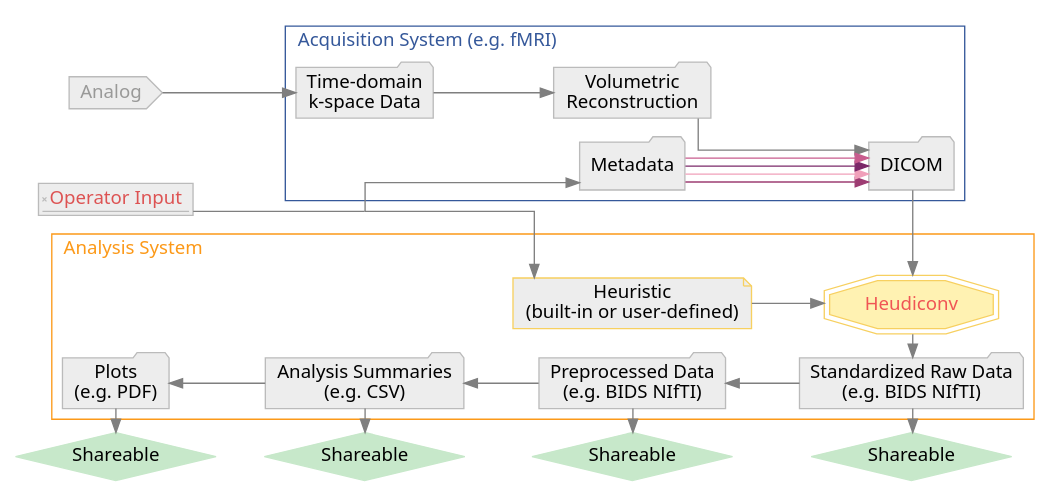
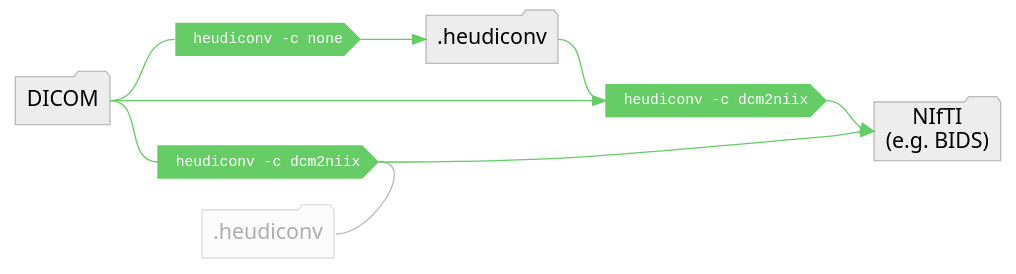
Before and after one commit to nipy/heudiconv: the diagram in data/workflow.dot, drawn with Graphviz. The commit also changed 6 other files, not shown here.

Commit message:
New wiorkflow figure and caption, renamed figures, better style consistency

```diff
--- a/data/workflow.dot
+++ b/data/workflow.dot
@@ -1,98 +1,25 @@
 digraph graphname {
     newrank = true;
     size="26,10";
     rankdir="LR";
-    splines=ortho;
     graph [fontname = "sans"];
     node [fontname = "sans", style=filled];
     edge [fontname = "sans", color=gray50];
-    raw_share[
-        label="Shareable",
-        shape=diamond, color="#C7E8CA", fillcolor="#C7E8CA"
-        ];
-    pre_share[
-        label="Shareable",
-        shape=diamond, color="#C7E8CA", fillcolor="#C7E8CA"
-        ];
-    ana_share[
-        label="Shareable",
-        shape=diamond, color="#C7E8CA", fillcolor="#C7E8CA"
-        ];
-    plo_share[
-        label="Shareable",
-        shape=diamond, color="#C7E8CA", fillcolor="#C7E8CA"
-        ];
-    a[label="Analog  ", shape=cds, color="#BBBBBB", fillcolor=grey93, fontcolor="#999998"];
-    tim[label="Time-domain\nk-space Data", shape=folder, color="#BBBBBB", fillcolor=grey93];
-    vol[label="Volumetric\nReconstruction", shape=folder, color="#BBBBBB", fillcolor=grey93];
-    dic[
-        label="DICOM",
-        shape=folder, color="#BBBBBB", fillcolor=grey93
-        ];
-    heh[
-        label="Heuristic\n(built-in or user-defined)",
-        shape=note, color="#F7D060", fillcolor=grey93
-        ];
-    heu[
-        label="Heudiconv",
-        shape=doubleoctagon, color="#F7D060", fillcolor="#FFF2B2", fontcolor="#F05555"
-        ];
-    raw[
-        label="Standardized Raw Data\n(e.g. BIDS NIfTI)",
-        shape=folder, color="#BBBBBB", fillcolor=grey93
-        ];
-    pre[
-        label="Preprocessed Data\n(e.g. BIDS NIfTI)",
-        shape=folder, color="#BBBBBB", fillcolor=grey93
-        ];
-    ana[
-        label="Analysis Summaries\n(e.g. CSV)",
-        shape=folder, color="#BBBBBB", fillcolor=grey93
-        ];
-    plo[
-        label="Plots\n(e.g. PDF)",
-        shape=folder, color="#BBBBBB", fillcolor=grey93
-        ];
-    mai[label="Operator Input", shape=signature, color="#BBBBBB", fillcolor=grey93, fontcolor="#DD5353"];
-    met[label="Metadata", shape=folder, color="#BBBBBB", fillcolor=grey93];
-    fake[label="", shape=point, style=invis, width=0, height=0];
-    mai -> fake:e[arrowhead=none];
-    fake:s -> met[tailclip=false];
-    fake:w -> heh[tailclip=false];
-    a -> tim;
-    subgraph cluster1 {
-        tim -> vol;
-        label = "Acquisition System (e.g. fMRI)";
-        labelloc = "t";
-        labeljust = "l";
-        fontcolor = "#35589A";
-        color = "#35589A";
-        met -> dic [color="#9D3C72"];
-        met -> dic [color="#F0A0BA"];
-        met -> dic [color="#7B2869"];
-        met -> dic [color="#C85C8E"];
-        vol -> dic;
-    }
-    dic -> heu [constraint=false] ;
-    subgraph cluster2 {
-        heh -> heu ;
-        heu -> raw ;
-        raw -> pre ;
-        pre -> ana ;
-        ana -> plo ;
-        label = "Analysis System";
-        labelloc = "t";
-        labeljust = "l";
-        fontcolor = "#FC9918";
-        color = "#FC9918";
-    }
-    raw:s -> raw_share:n[constraint=false];
-    pre:s -> pre_share:n[constraint=false];
-    ana:s -> ana_share:n[constraint=false];
-    plo:s -> plo_share:n[constraint=false];
-    {rank=same; plo; plo_share; mai; a}
-    {rank=same; met; vol}
-    {rank=same; dic; raw; raw_share; heu}
-    {rank=same; pre; pre_share; vol}
-    {rank=same; ana; ana_share; tim}
+    _heu[label=".heudiconv", fontsize="16", shape=folder, color="#DDDDDD", fillcolor=grey99, fontcolor="#AEAEAE"];
+    dic[label="DICOM", shape=folder, fontsize="16", color="#BBBBBB", fillcolor=grey93];
+    non[label="heudiconv -c none ", fontsize="11", fontname="monospace", shape=cds, color="#66CC66", fillcolor="#66CC66", fontcolor="#FFFFFF"];
+    dcm[label="heudiconv -c dcm2niix ", fontsize="11", fontname="monospace", shape=cds, color="#66CC66", fillcolor="#66CC66", fontcolor="#FFFFFF"];
+    _dcm[label="heudiconv -c dcm2niix ", fontsize="11", fontname="monospace", shape=cds, color="#66CC66", fillcolor="#66CC66", fontcolor="#FFFFFF"];
+    heu[label=".heudiconv", fontsize="16", shape=folder, color="#BBBBBB", fillcolor=grey93];
+    nif[label="NIfTI\n(e.g. BIDS)", fontsize="16", shape=folder, color="#BBBBBB", fillcolor=grey93];
+    dic:e -> non:w [arrowhead=none, color="#66CC66"];
+    non -> heu [color="#66CC66"];
+    heu:e -> dcm:w [arrowhead=none, color="#66CC66"];
+    dcm:e -> nif:w [color="#66CC66"];
+    dic:e -> _dcm:w [arrowhead=none, color="#66CC66"];
+    dic:e -> dcm:w [color="#66CC66"];
+    _dcm:e -> nif:w [color="#66CC66"];
+    _dcm:e -> _heu:e [color="#BBBBBB"];
+    //{rank=same; _dcm; _heu; dcm}
+    {rank=same; non; _heu; _dcm}
 }
```
